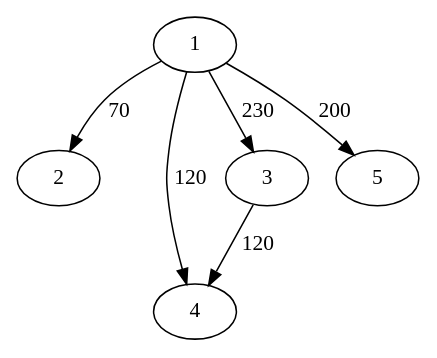
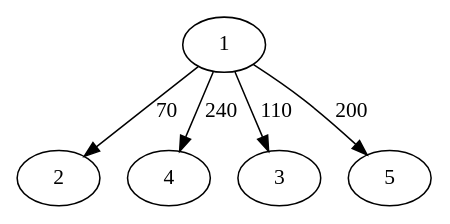
One commit to pedrovanzella/grafo-cpmf changed the diagram in docs/test_trivial.txt.reduced.dot. Above: the diagram before and after it, drawn with Graphviz. The commit also changed 3 other files, not shown here.

```diff
--- a/docs/test_trivial.txt.reduced.dot
+++ b/docs/test_trivial.txt.reduced.dot
@@ -1,7 +1,6 @@
 strict digraph  {
 	1 -> 2	 [label=70];
-	1 -> 4	 [label=120];
-	1 -> 3	 [label=230];
+	1 -> 4	 [label=240];
+	1 -> 3	 [label=110];
 	1 -> 5	 [label=200];
-	3 -> 4	 [label=120];
 }
```
